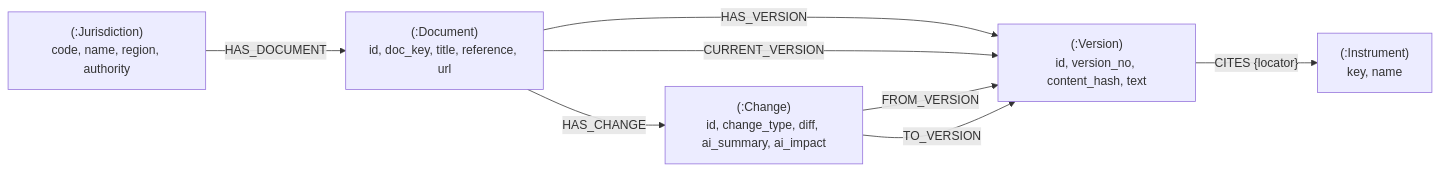
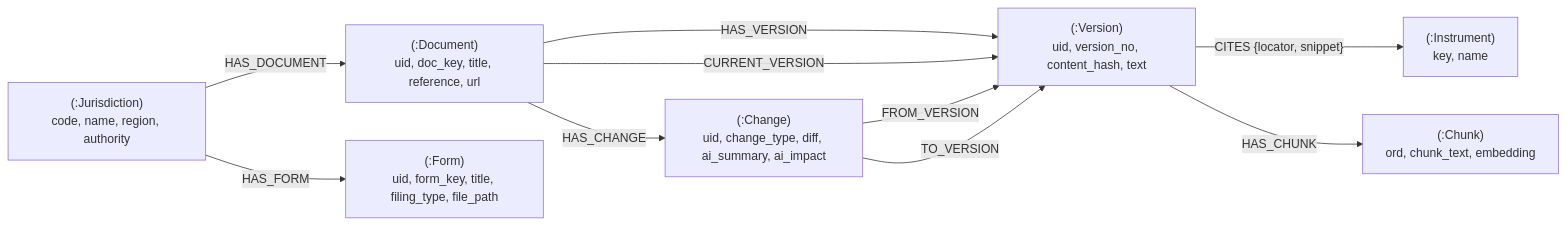
The third of 5 diagrams in docs/architecture_readme.md (predictivelabsai/FastFund), drawn with Mermaid before and after one commit. The commit also changed other lines of this file and 3 other files, not shown here.

First line of the commit message:
Add admin forms-refresh route; refresh architecture doc + PDF

````diff
--- a/docs/architecture_readme.md
+++ b/docs/architecture_readme.md
@@ -151,16 +204,20 @@
 ```mermaid
 graph LR
     J["(:Jurisdiction)<br/>code, name, region, authority"]
-    D["(:Document)<br/>id, doc_key, title, reference, url"]
-    V["(:Version)<br/>id, version_no, content_hash, text"]
-    C["(:Change)<br/>id, change_type, diff, ai_summary, ai_impact"]
+    D["(:Document)<br/>uid, doc_key, title, reference, url"]
+    V["(:Version)<br/>uid, version_no, content_hash, text"]
+    C["(:Change)<br/>uid, change_type, diff, ai_summary, ai_impact"]
     I["(:Instrument)<br/>key, name"]
+    CH["(:Chunk)<br/>ord, chunk_text, embedding"]
+    F["(:Form)<br/>uid, form_key, title, filing_type, file_path"]
 
     J -- HAS_DOCUMENT --> D
+    J -- HAS_FORM --> F
     D -- HAS_VERSION --> V
     D -- CURRENT_VERSION --> V
     D -- HAS_CHANGE --> C
     C -- FROM_VERSION --> V
     C -- TO_VERSION --> V
-    V -- "CITES {locator}" --> I
+    V -- "CITES {locator, snippet}" --> I
+    V -- HAS_CHUNK --> CH
 ```
````
